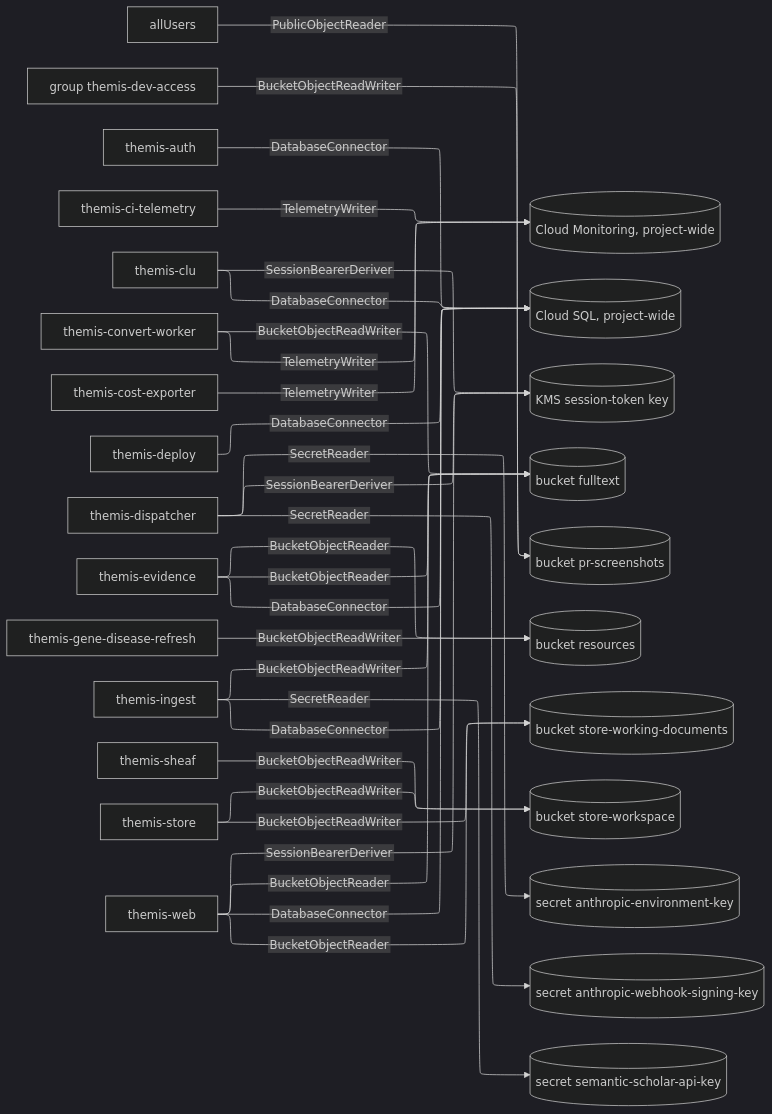
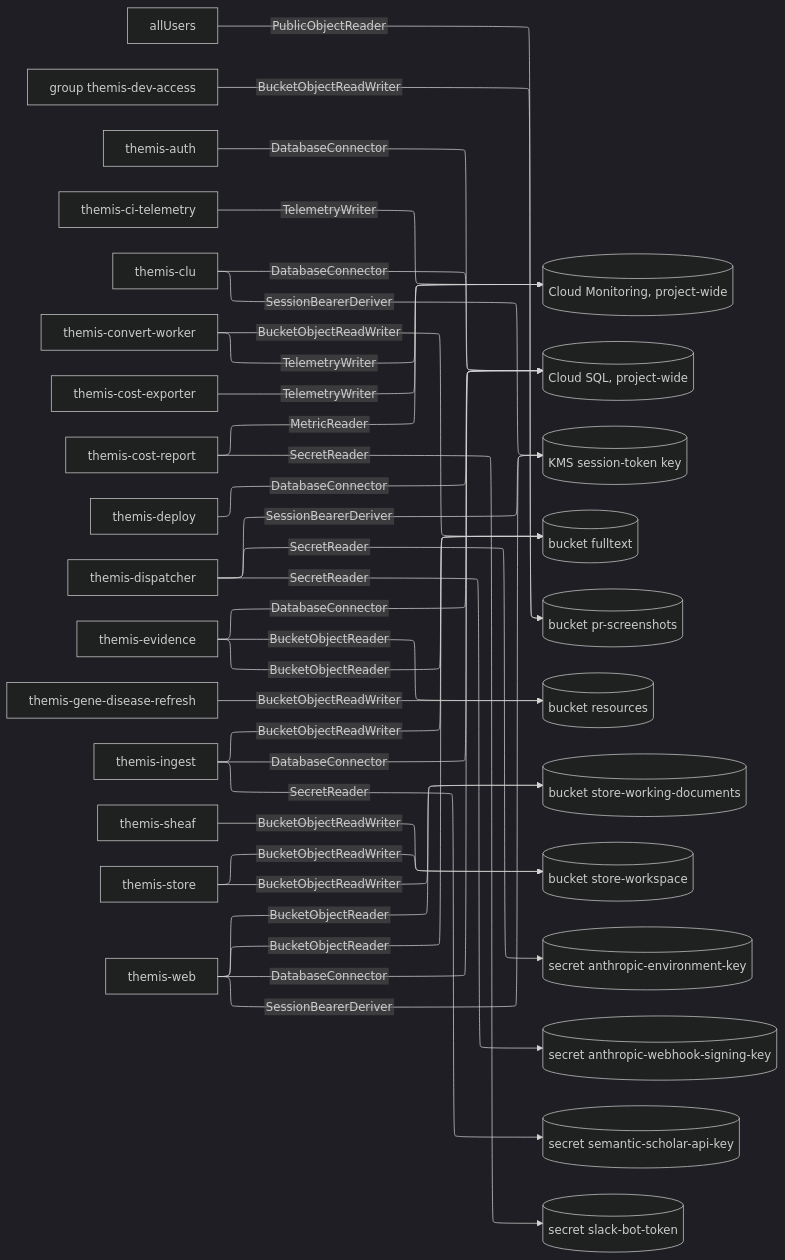
Before and after one commit to populationgenomics/themis: the diagram in docs/design/grants/data.mmd, drawn with Mermaid (dark theme). The commit also changed 31 other files, not shown here.

First line of the commit message:
cost: the morning report posts every producer's day to Slack, with a chart (#582)

```diff
--- a/docs/design/grants/data.mmd
+++ b/docs/design/grants/data.mmd
@@ -1,55 +1,59 @@
 %%{init: {"layout": "elk", "elk": {"mergeEdges": true, "nodePlacementStrategy": "NETWORK_SIMPLEX"}, "htmlLabels": false, "flowchart": {"htmlLabels": false, "wrappingWidth": 320}}}%%
 flowchart LR
     n0["allUsers"]
     n1["group themis-dev-access"]
     n2["themis-auth"]
     n3["themis-ci-telemetry"]
     n4["themis-clu"]
     n5["themis-convert-worker"]
     n6["themis-cost-exporter"]
-    n7["themis-deploy"]
-    n8["themis-dispatcher"]
-    n9["themis-evidence"]
-    n10["themis-gene-disease-refresh"]
-    n11["themis-ingest"]
-    n12["themis-sheaf"]
-    n13["themis-store"]
-    n14["themis-web"]
-    n15[("Cloud Monitoring, project-wide")]
-    n16[("Cloud SQL, project-wide")]
-    n17[("KMS session-token key")]
-    n18[("bucket fulltext")]
-    n19[("bucket pr-screenshots")]
-    n20[("bucket resources")]
-    n21[("bucket store-working-documents")]
-    n22[("bucket store-workspace")]
-    n23[("secret anthropic-environment-key")]
-    n24[("secret anthropic-webhook-signing-key")]
-    n25[("secret semantic-scholar-api-key")]
-    n0 -->|PublicObjectReader| n19
-    n1 -->|BucketObjectReadWriter| n19
-    n2 -->|DatabaseConnector| n16
-    n3 -->|TelemetryWriter| n15
-    n4 -->|DatabaseConnector| n16
-    n4 -->|SessionBearerDeriver| n17
-    n5 -->|BucketObjectReadWriter| n18
-    n5 -->|TelemetryWriter| n15
-    n6 -->|TelemetryWriter| n15
-    n7 -->|DatabaseConnector| n16
-    n8 -->|SecretReader| n23
-    n8 -->|SecretReader| n24
-    n8 -->|SessionBearerDeriver| n17
-    n9 -->|BucketObjectReader| n18
-    n9 -->|BucketObjectReader| n20
-    n9 -->|DatabaseConnector| n16
-    n10 -->|BucketObjectReadWriter| n20
-    n11 -->|BucketObjectReadWriter| n18
-    n11 -->|DatabaseConnector| n16
-    n11 -->|SecretReader| n25
-    n12 -->|BucketObjectReadWriter| n22
-    n13 -->|BucketObjectReadWriter| n21
-    n13 -->|BucketObjectReadWriter| n22
-    n14 -->|BucketObjectReader| n18
-    n14 -->|BucketObjectReader| n21
-    n14 -->|DatabaseConnector| n16
-    n14 -->|SessionBearerDeriver| n17
+    n7["themis-cost-report"]
+    n8["themis-deploy"]
+    n9["themis-dispatcher"]
+    n10["themis-evidence"]
+    n11["themis-gene-disease-refresh"]
+    n12["themis-ingest"]
+    n13["themis-sheaf"]
+    n14["themis-store"]
+    n15["themis-web"]
+    n16[("Cloud Monitoring, project-wide")]
+    n17[("Cloud SQL, project-wide")]
+    n18[("KMS session-token key")]
+    n19[("bucket fulltext")]
+    n20[("bucket pr-screenshots")]
+    n21[("bucket resources")]
+    n22[("bucket store-working-documents")]
+    n23[("bucket store-workspace")]
+    n24[("secret anthropic-environment-key")]
+    n25[("secret anthropic-webhook-signing-key")]
+    n26[("secret semantic-scholar-api-key")]
+    n27[("secret slack-bot-token")]
+    n0 -->|PublicObjectReader| n20
+    n1 -->|BucketObjectReadWriter| n20
+    n2 -->|DatabaseConnector| n17
+    n3 -->|TelemetryWriter| n16
+    n4 -->|DatabaseConnector| n17
+    n4 -->|SessionBearerDeriver| n18
+    n5 -->|BucketObjectReadWriter| n19
+    n5 -->|TelemetryWriter| n16
+    n6 -->|TelemetryWriter| n16
+    n7 -->|MetricReader| n16
+    n7 -->|SecretReader| n27
+    n8 -->|DatabaseConnector| n17
+    n9 -->|SecretReader| n24
+    n9 -->|SecretReader| n25
+    n9 -->|SessionBearerDeriver| n18
+    n10 -->|BucketObjectReader| n19
+    n10 -->|BucketObjectReader| n21
+    n10 -->|DatabaseConnector| n17
+    n11 -->|BucketObjectReadWriter| n21
+    n12 -->|BucketObjectReadWriter| n19
+    n12 -->|DatabaseConnector| n17
+    n12 -->|SecretReader| n26
+    n13 -->|BucketObjectReadWriter| n23
+    n14 -->|BucketObjectReadWriter| n22
+    n14 -->|BucketObjectReadWriter| n23
+    n15 -->|BucketObjectReader| n19
+    n15 -->|BucketObjectReader| n22
+    n15 -->|DatabaseConnector| n17
+    n15 -->|SessionBearerDeriver| n18
```
